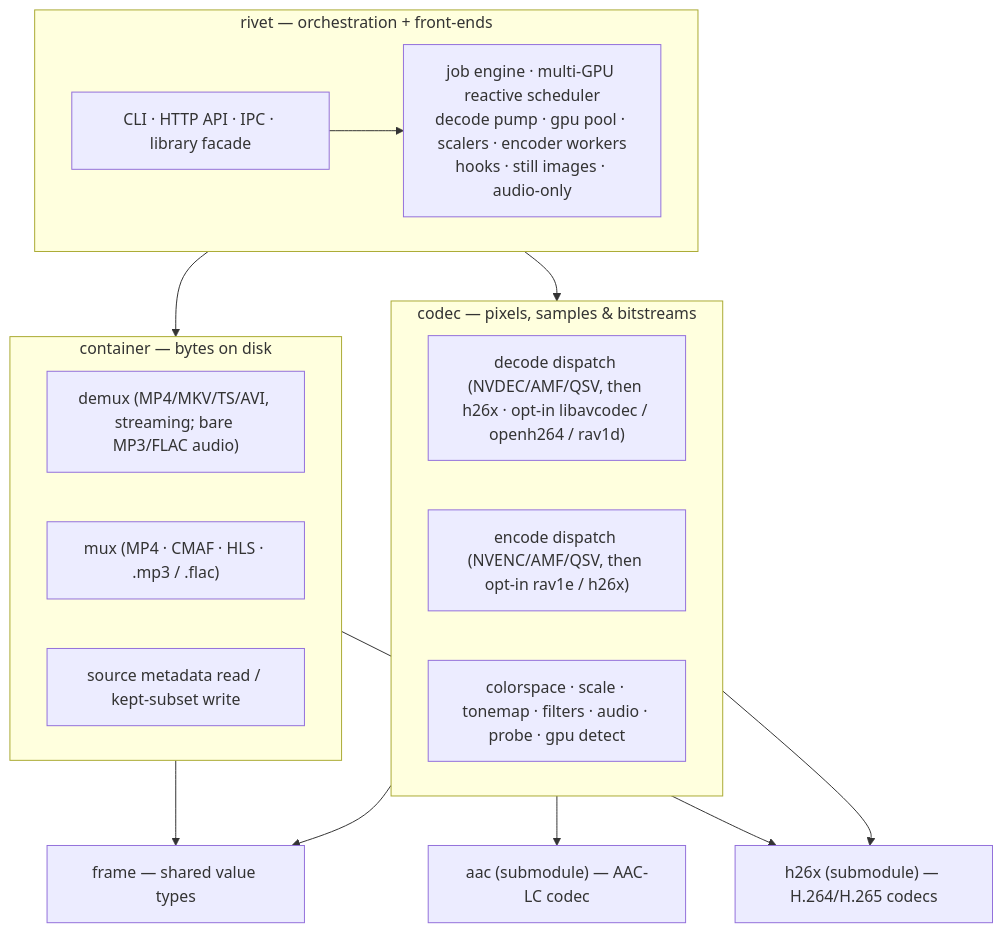
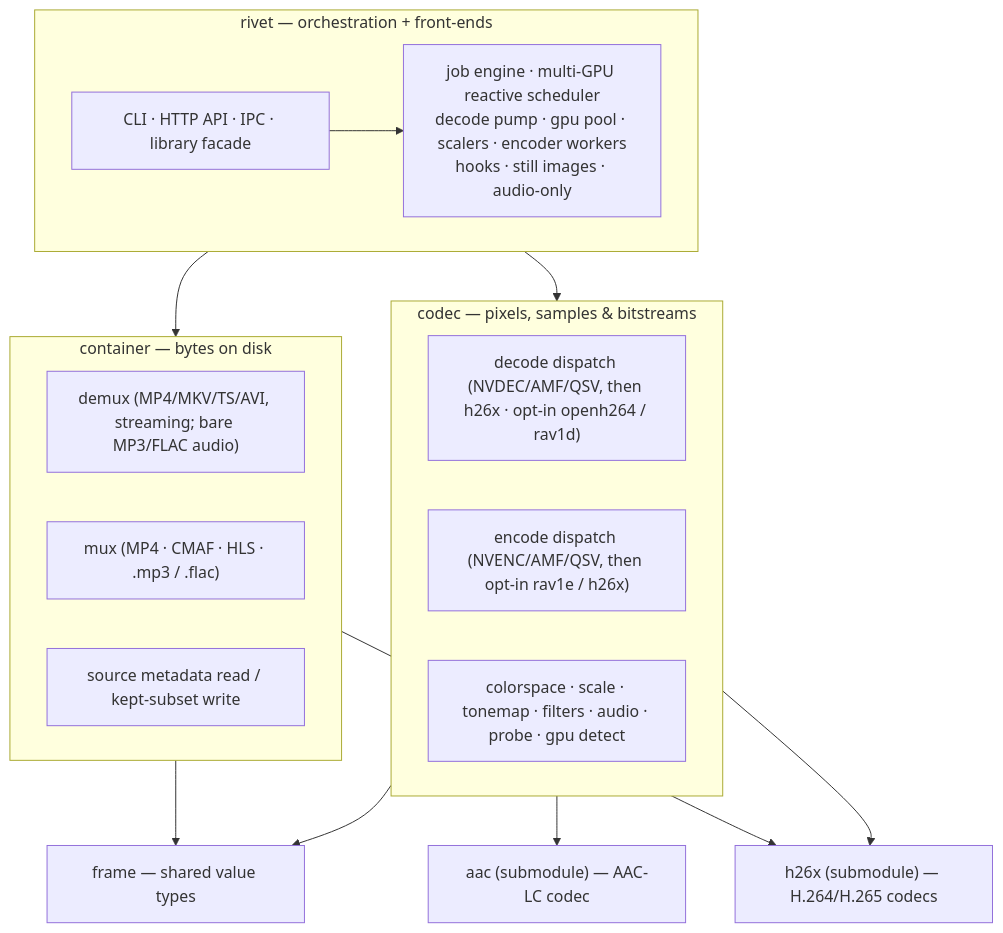
One commit to rivet-transcoder/rivet changed the first of 3 diagrams in docs/architecture.md. Above: the diagram before and after it, drawn with Mermaid. The commit also changed other lines of this file and 19 other files, not shown here.

````diff
--- a/docs/architecture.md
+++ b/docs/architecture.md
@@ -64,28 +64,28 @@
 ```mermaid
 flowchart TD
     subgraph rivet["rivet — orchestration + front-ends"]
         FE["CLI · HTTP API · IPC · library facade"]
         ENG["job engine · multi-GPU reactive scheduler<br/>decode pump · gpu pool · scalers · encoder workers<br/>hooks · still images · audio-only"]
         FE --> ENG
     end
     rivet --> codec
     rivet --> container
     subgraph codec["codec — pixels, samples & bitstreams"]
-        DEC["decode dispatch (NVDEC/AMF/QSV, then h26x · opt-in libavcodec / openh264 / rav1d)"]
+        DEC["decode dispatch (NVDEC/AMF/QSV, then h26x · opt-in openh264 / rav1d)"]
         ENC["encode dispatch (NVENC/AMF/QSV, then opt-in rav1e / h26x)"]
         CLR["colorspace · scale · tonemap · filters · audio · probe · gpu detect"]
     end
     subgraph container["container — bytes on disk"]
         DMX["demux (MP4/MKV/TS/AVI, streaming; bare MP3/FLAC audio)"]
         MUX["mux (MP4 · CMAF · HLS · .mp3 / .flac)"]
         META["source metadata read / kept-subset write"]
     end
     codec --> frame
     codec --> h26x
     codec --> aac
     container --> frame
     container --> h26x
     frame["frame — shared value types"]
     h26x["h26x (submodule) — H.264/H.265 codecs"]
     aac["aac (submodule) — AAC-LC codec"]
 ```
````
